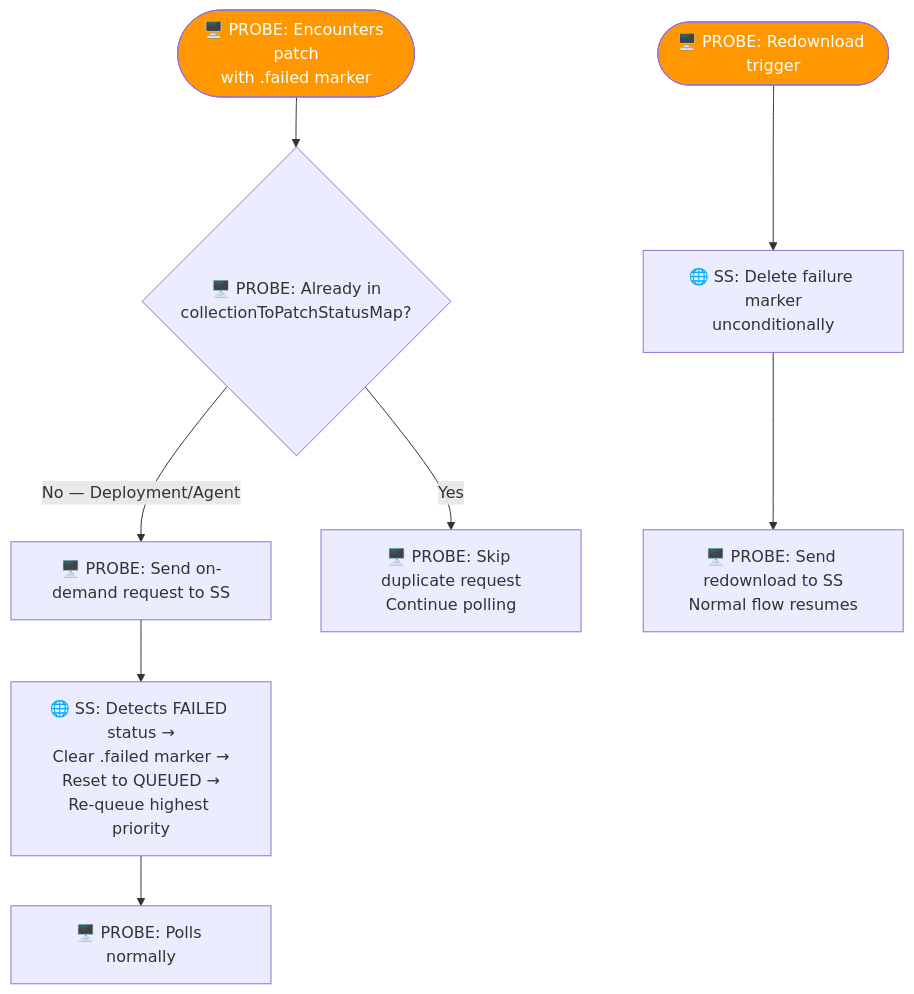
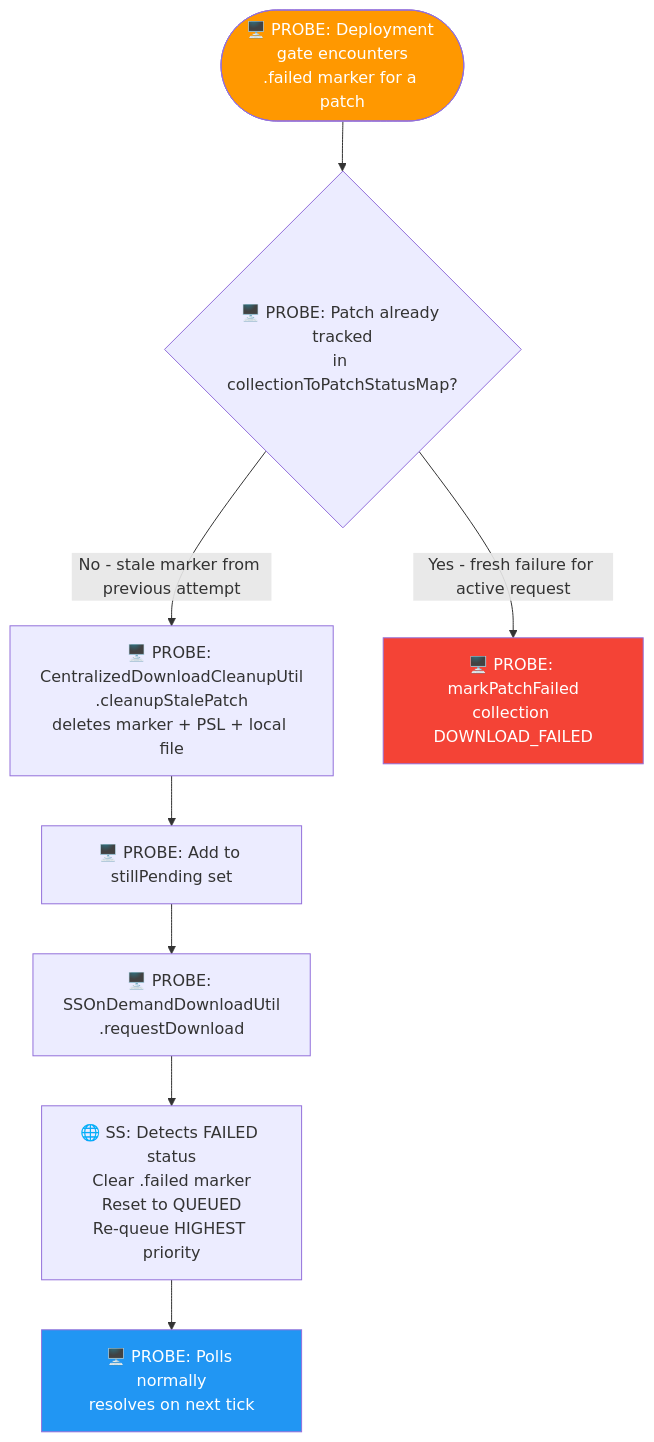
One commit to ranjithkumar-a-23525/RebaseEx changed the sixth of 31 diagrams in use-case-diagrams.md. Above: the diagram before and after it, drawn with Mermaid. The commit also changed other lines of this file, not shown here.

````diff
--- a/use-case-diagrams.md
+++ b/use-case-diagrams.md
@@ -125,14 +145,14 @@
 ```mermaid
 flowchart TD
-    A(["🖥️ PROBE: Encounters patch<br/>with .failed marker"]) --> B{"🖥️ PROBE: Already in<br/>collectionToPatchStatusMap?"}
-    B -->|"No — Deployment/Agent"| C["🖥️ PROBE: Send on-demand request to SS"]
-    C --> D["🌐 SS: Detects FAILED status →<br/>Clear .failed marker →<br/>Reset to QUEUED →<br/>Re-queue highest priority"]
-    D --> E["🖥️ PROBE: Polls normally"]
-    B -->|Yes| F["🖥️ PROBE: Skip duplicate request<br/>Continue polling"]
-    
-    G(["🖥️ PROBE: Redownload trigger"]) --> H["🌐 SS: Delete failure marker<br/>unconditionally"]
-    H --> I["🖥️ PROBE: Send redownload to SS<br/>Normal flow resumes"]
+    A(["🖥️ PROBE: Deployment gate encounters<br/>.failed marker for a patch"]) --> B{"🖥️ PROBE: Patch already tracked<br/>in collectionToPatchStatusMap?"}
+    B -->|"No - stale marker from previous attempt"| C["🖥️ PROBE: CentralizedDownloadCleanupUtil<br/>.cleanupStalePatch<br/>deletes marker + PSL + local file"]
+    C --> D["🖥️ PROBE: Add to stillPending set"]
+    D --> E["🖥️ PROBE: SSOnDemandDownloadUtil<br/>.requestDownload"]
+    E --> F["🌐 SS: Detects FAILED status<br/>Clear .failed marker<br/>Reset to QUEUED<br/>Re-queue HIGHEST priority"]
+    F --> G["🖥️ PROBE: Polls normally<br/>resolves on next tick"]
+    B -->|"Yes - fresh failure for active request"| H["🖥️ PROBE: markPatchFailed<br/>collection DOWNLOAD_FAILED"]
 
     style A fill:#FF9800,color:#fff
-    style G fill:#FF9800,color:#fff
+    style G fill:#2196F3,color:#fff
+    style H fill:#f44336,color:#fff
 ```
````
